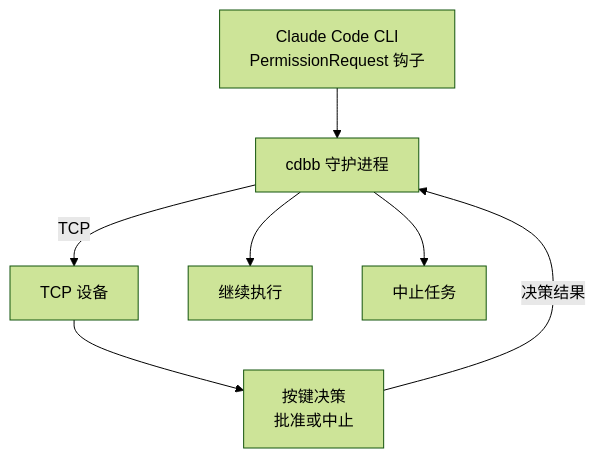
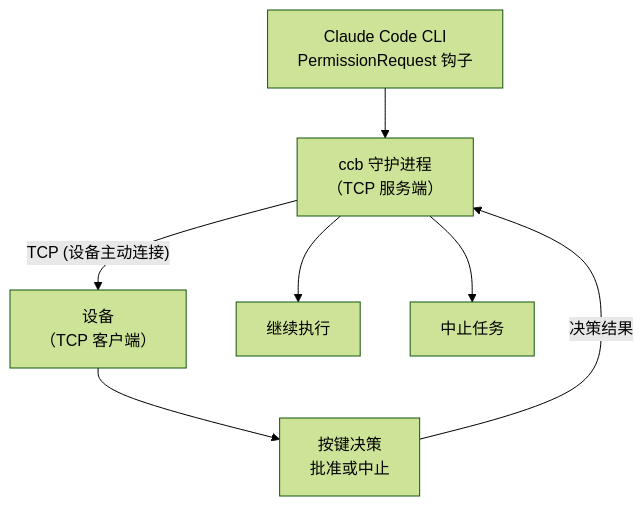
One commit to oh-myfun/claude-code-buddy-bridge changed the diagram in README.md. Above: the diagram before and after it, drawn with Mermaid (forest theme). The commit also changed other lines of this file and 7 other files, not shown here.

````diff
--- a/README.md
+++ b/README.md
@@ -15,16 +14,16 @@
 ```mermaid
 flowchart TD
     A["Claude Code CLI\nPermissionRequest 钩子"]
-    B["cdbb 守护进程"]
-    C["TCP 设备"]
+    B["ccb 守护进程\n（TCP 服务端）"]
+    C["设备\n（TCP 客户端）"]
     D["按键决策\n批准或中止"]
     E["继续执行"]
     F["中止任务"]
 
     A --> B
-    B -->|"TCP"| C
+    B --"TCP (设备主动连接)"--> C
     C --> D
-    D -->|"决策结果"| B
+    D --"决策结果"--> B
     B --> E
     B --> F
 ```
````
